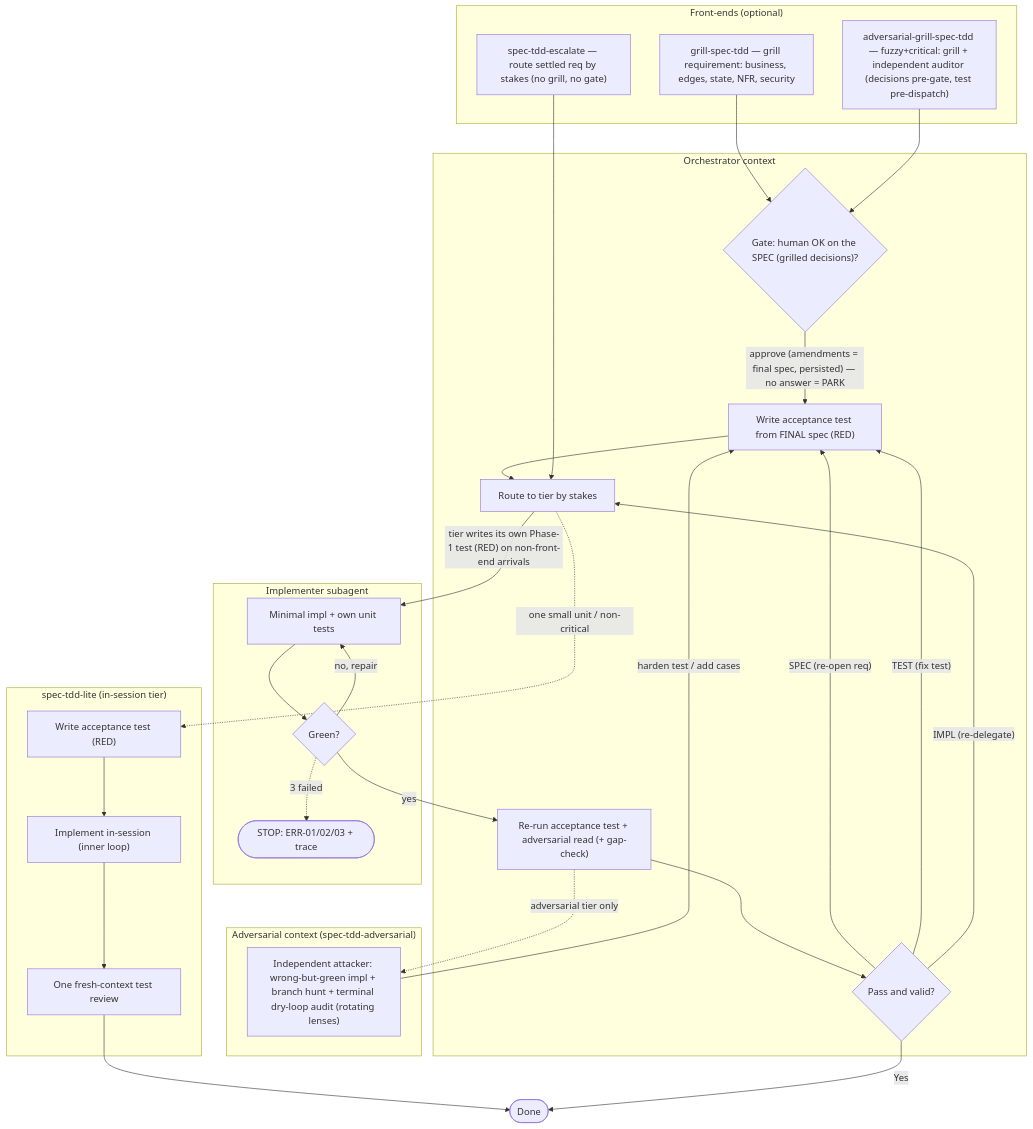
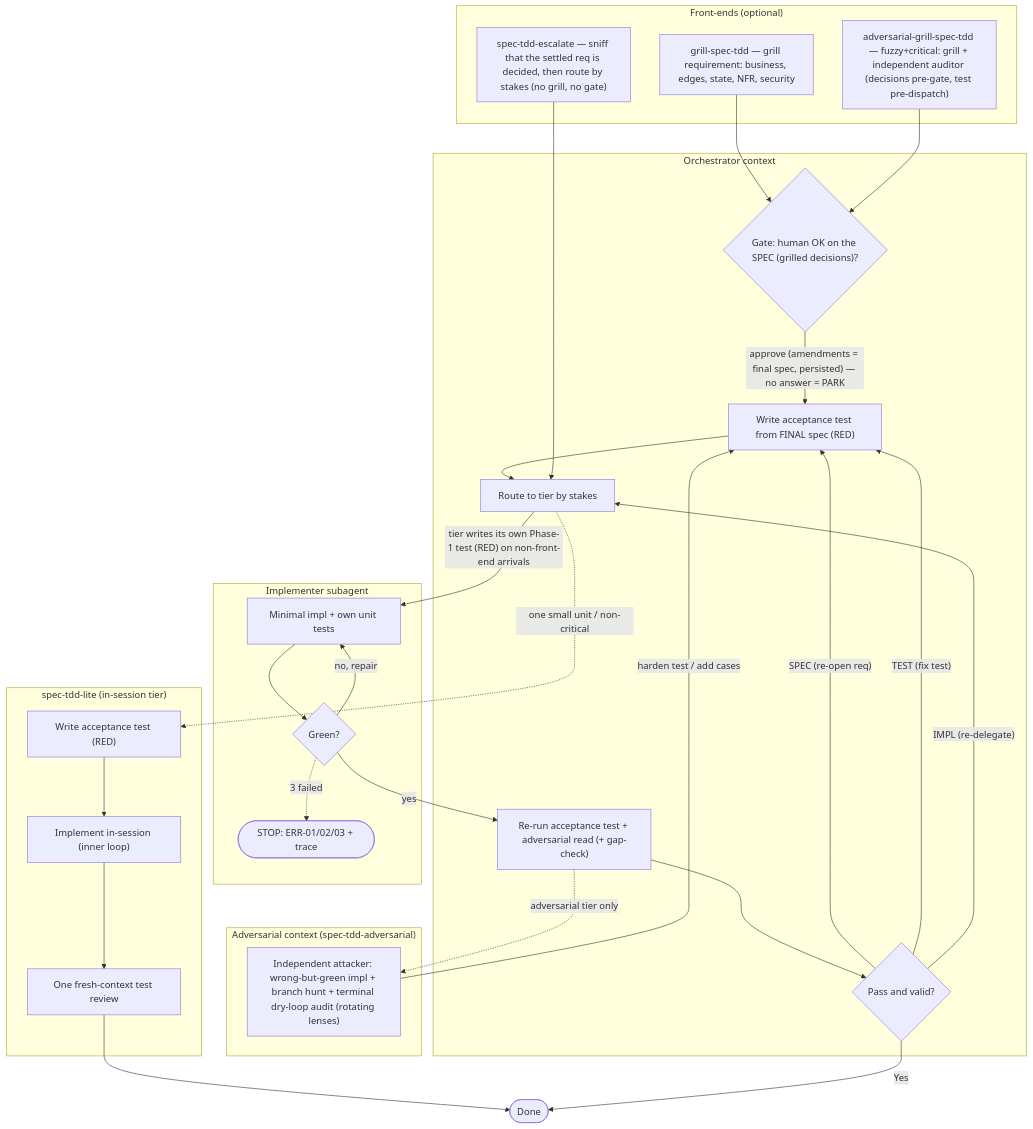
One commit to BenjaminChenLab/spec-tdd-skill changed the second of 2 diagrams in README.md. Above: the diagram before and after it, drawn with Mermaid. The commit also changed other lines of this file and 9 other files, not shown here.

````diff
--- a/README.md
+++ b/README.md
@@ -47,54 +49,54 @@
 ```mermaid
 flowchart TD
     subgraph F["Front-ends (optional)"]
         GR["grill-spec-tdd — grill requirement: business, edges, state, NFR, security"]
         AG["adversarial-grill-spec-tdd — fuzzy+critical: grill + independent auditor (decisions pre-gate, test pre-dispatch)"]
-        ES["spec-tdd-escalate — route settled req by stakes (no grill, no gate)"]
+        ES["spec-tdd-escalate — sniff that the settled req is decided, then route by stakes (no grill, no gate)"]
     end
 
     subgraph O["Orchestrator context"]
         GT{"Gate: human OK on the SPEC (grilled decisions)?"}
         T["Write acceptance test from FINAL spec (RED)"]
         RT["Route to tier by stakes"]
         V["Re-run acceptance test + adversarial read (+ gap-check)"]
         P{"Pass and valid?"}
     end
 
     subgraph I["Implementer subagent"]
         IM["Minimal impl + own unit tests"]
         IC{"Green?"}
         ERR(["STOP: ERR-01/02/03 + trace"])
     end
 
     subgraph ADV["Adversarial context (spec-tdd-adversarial)"]
         ATK["Independent attacker: wrong-but-green impl + branch hunt + terminal dry-loop audit (rotating lenses)"]
     end
 
     subgraph LT["spec-tdd-lite (in-session tier)"]
         LT1["Write acceptance test (RED)"]
         LT2["Implement in-session (inner loop)"]
         LT3["One fresh-context test review"]
     end
 
     GR --> GT
     AG --> GT
     GT -->|"approve (amendments = final spec, persisted) — no answer = PARK"| T
     T --> RT
     ES --> RT
     RT -.->|"one small unit / non-critical"| LT1
     LT1 --> LT2
     LT2 --> LT3
     LT3 --> DONE
     RT -->|"tier writes its own Phase-1 test (RED) on non-front-end arrivals"| IM
     IM --> IC
     IC -->|"no, repair"| IM
     IC -.->|"3 failed"| ERR
     IC -->|yes| V
     V -.->|"adversarial tier only"| ATK
     ATK -->|"harden test / add cases"| T
     V --> P
     P -->|Yes| DONE(["Done"])
     P -->|"SPEC (re-open req)"| T
     P -->|"TEST (fix test)"| T
     P -->|"IMPL (re-delegate)"| RT
 ```
````
